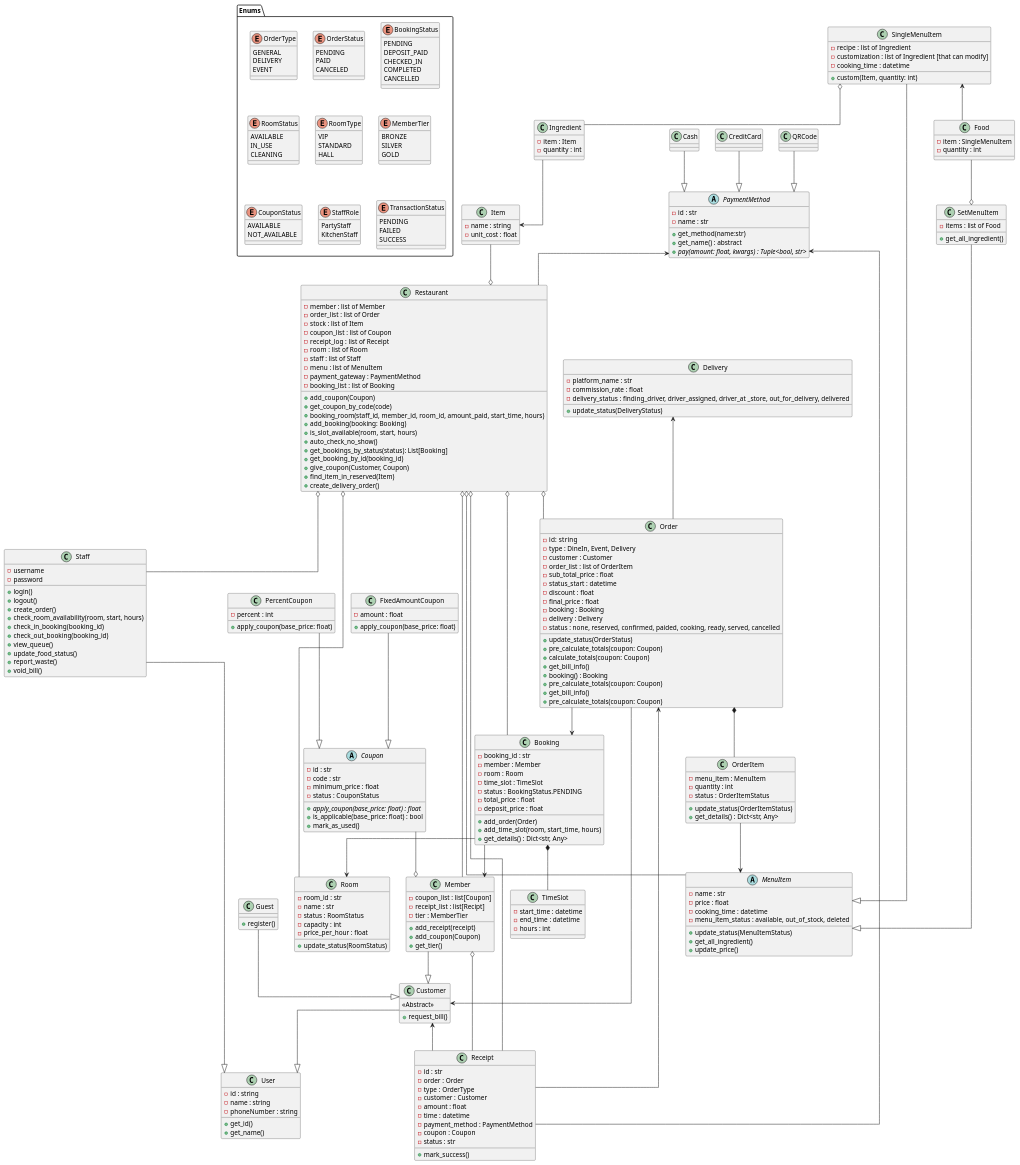
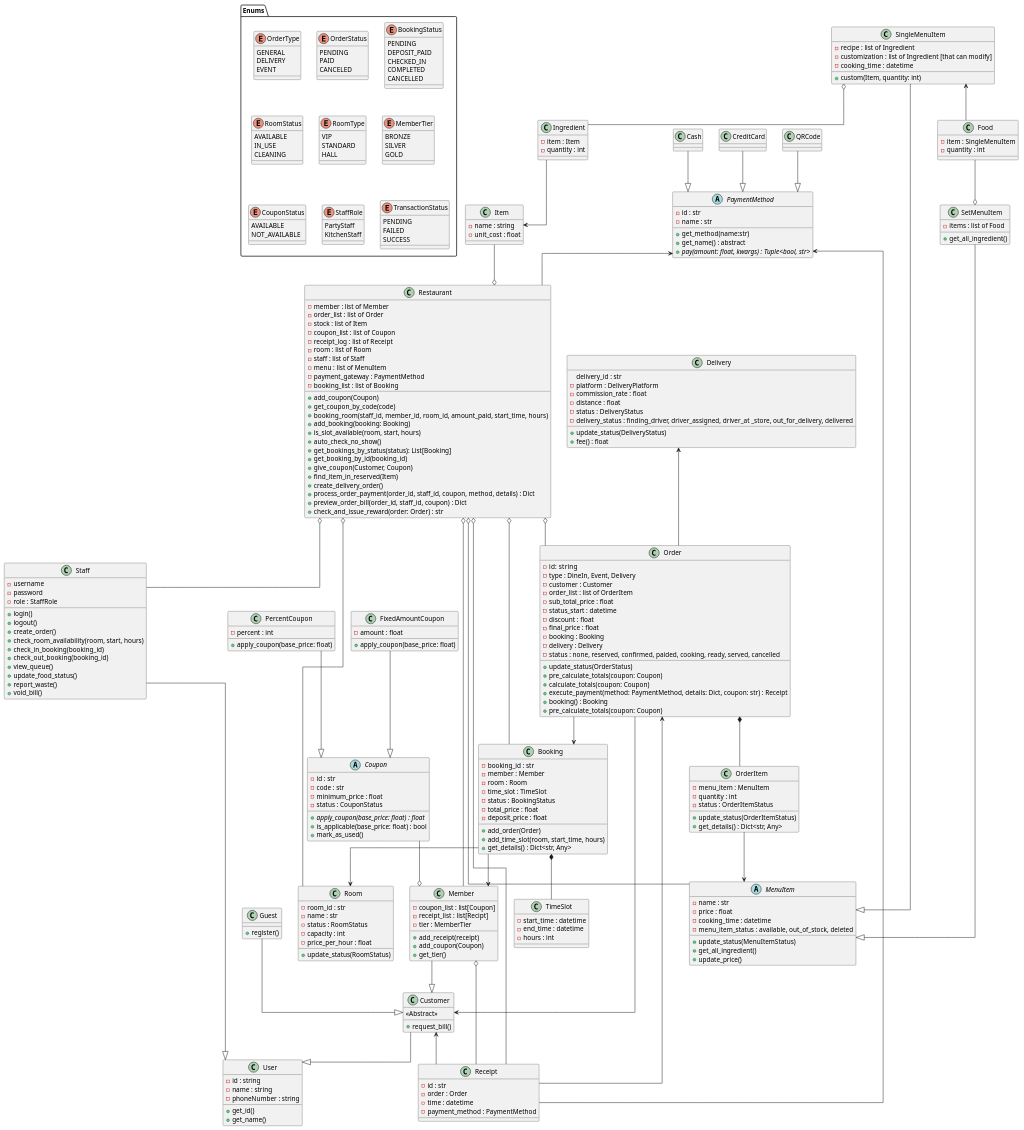
Before and after one commit to twrrippy/knight-chicken-oop: the diagram in shared/doc/class_diagram.puml, drawn with PlantUML.

Commit message:
update class diagram to match orderPayment

```diff
--- a/shared/doc/class_diagram.puml
+++ b/shared/doc/class_diagram.puml
@@ -23,6 +23,9 @@
     + give_coupon(Customer, Coupon)
     + find_item_in_reserved(Item)
     + create_delivery_order()
+    + process_order_payment(order_id, staff_id, coupon, method, details) : Dict
+    + preview_order_bill(order_id, staff_id, coupon) : Dict
+    + check_and_issue_reward(order: Order) : str
 }
 Customer --|> User
 Staff --|> User
@@ -56,6 +59,7 @@
 class Staff{
     - username
     - password
+    - role : StaffRole
     + login()
     + logout()
     + create_order()
@@ -97,10 +101,8 @@
     + update_status(OrderStatus)
     + pre_calculate_totals(coupon: Coupon)
     + calculate_totals(coupon: Coupon)
-    + get_bill_info()
+    + execute_payment(method: PaymentMethod, details: Dict, coupon: str) : Receipt
     + booking() : Booking
-    + pre_calculate_totals(coupon: Coupon)
-    + get_bill_info()
     + pre_calculate_totals(coupon: Coupon)
 }
 class OrderItem{
@@ -167,7 +169,7 @@
     - member : Member
     - room : Room
     - time_slot : TimeSlot
-    - status : BookingStatus.PENDING
+    - status : BookingStatus
     - total_price : float
     - deposit_price : float
     + add_order(Order)
@@ -199,10 +201,14 @@
 
 Delivery <-- Order
 class Delivery{
-    - platform_name : str
+    delivery_id : str
+    - platform : DeliveryPlatform
     - commission_rate : float
+    - distance : float
+    - status : DeliveryStatus
     - delivery_status : finding_driver, driver_assigned, driver_at _store, out_for_delivery, delivered
     + update_status(DeliveryStatus)
+    + fee() : float
 }
 PaymentMethod <-- Restaurant
 abstract class PaymentMethod{
@@ -236,14 +242,8 @@
 class Receipt{
     - id : str
     - order : Order
-    - type : OrderType
-    - customer : Customer
-    - amount : float
     - time : datetime
     - payment_method : PaymentMethod
-    - coupon : Coupon
-    - status : str
-    + mark_success()
 }
 
 
```
